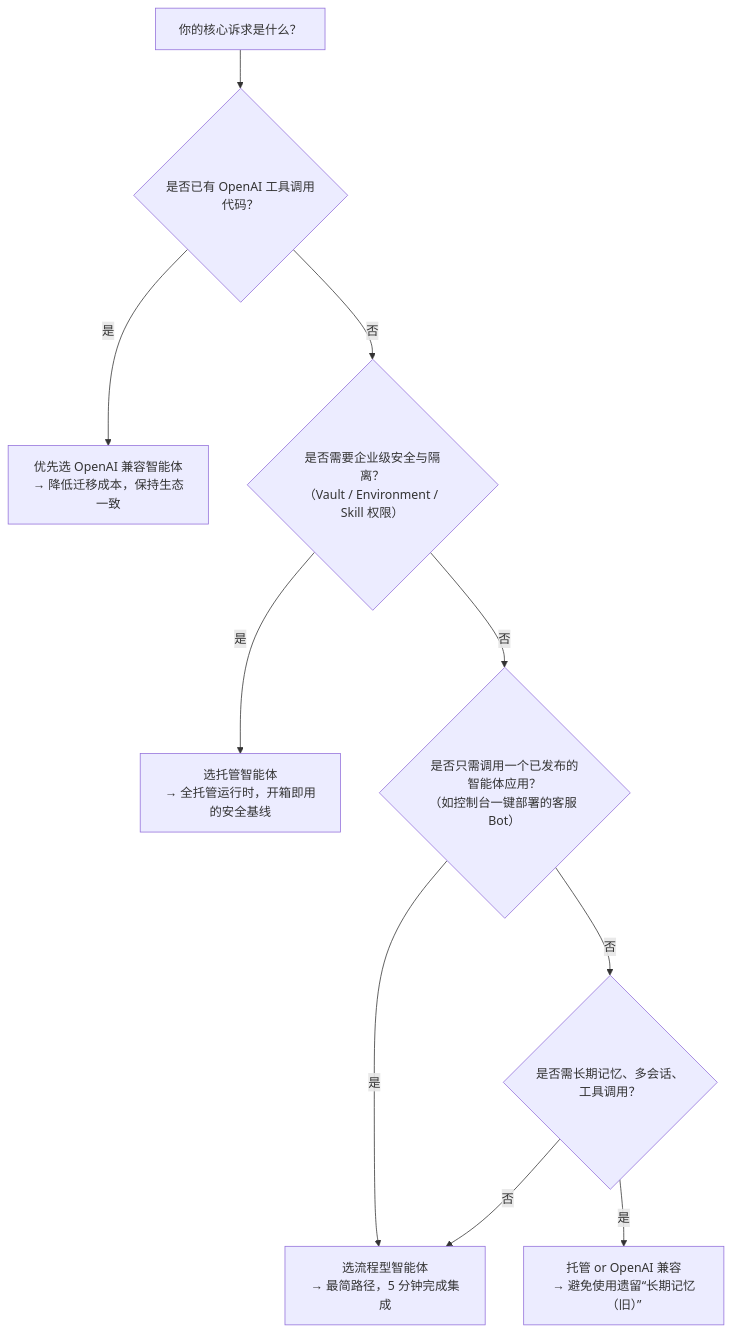
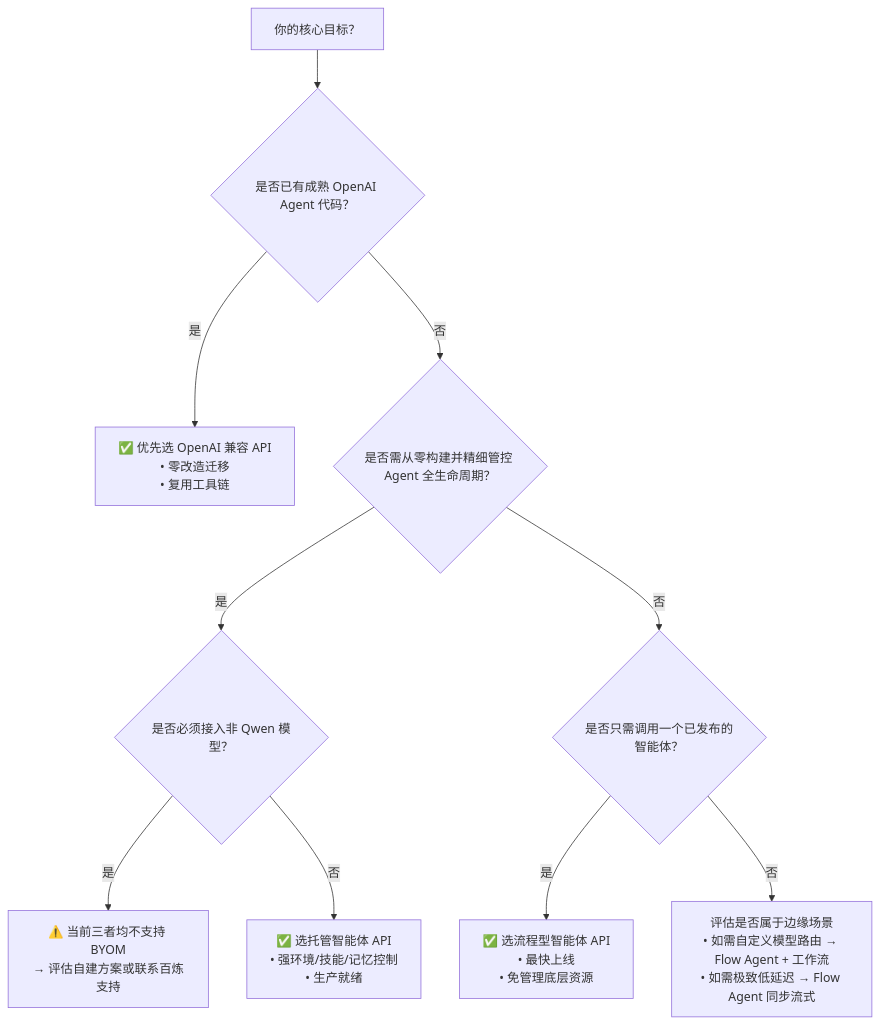
Before and after one commit to modelstudioai/skills: the diagram in skills/bailian-docs-llm-wiki/wiki/comparisons/flow-agent-vs-managed-agents-vs-openai-compatible-agents.md, drawn with Mermaid. The commit also changed other lines of this file and 327 other files, not shown here.

````diff
--- a/skills/bailian-docs-llm-wiki/wiki/comparisons/flow-agent-vs-managed-agents-vs-openai-compatible-agents.md
+++ b/skills/bailian-docs-llm-wiki/wiki/comparisons/flow-agent-vs-managed-agents-vs-openai-compatible-agents.md
@@ -52,12 +48,12 @@
 ```mermaid
 graph TD
-    A[你的核心诉求是什么？] --> B{是否已有 OpenAI 工具调用代码？}
-    B -->|是| C[优先选 OpenAI 兼容智能体<br>→ 降低迁移成本，保持生态一致]
-    B -->|否| D{是否需要企业级安全与隔离？<br>（Vault / Environment / Skill 权限）}
-    D -->|是| E[选托管智能体<br>→ 全托管运行时，开箱即用的安全基线]
-    D -->|否| F{是否只需调用一个已发布的智能体应用？<br>（如控制台一键部署的客服 Bot）}
-    F -->|是| G[选流程型智能体<br>→ 最简路径，5 分钟完成集成]
-    F -->|否| H{是否需长期记忆、多会话、工具调用？}
-    H -->|是| I[托管 or OpenAI 兼容<br>→ 避免使用遗留“长期记忆（旧）”]
-    H -->|否| G
+    A[你的核心目标？] --> B{是否已有成熟 OpenAI Agent 代码？}
+    B -->|是| C[✅ 优先选 OpenAI 兼容 API<br>• 零改造迁移<br>• 复用工具链]
+    B -->|否| D{是否需从零构建并精细管控 Agent 全生命周期？}
+    D -->|是| E{是否必须接入非 Qwen 模型？}
+    E -->|是| F[⚠️ 当前三者均不支持 BYOM<br>→ 评估自建方案或联系百炼支持]
+    E -->|否| G[✅ 选托管智能体 API<br>• 强环境/技能/记忆控制<br>• 生产就绪]
+    D -->|否| H{是否只需调用一个已发布的智能体？}
+    H -->|是| I[✅ 选流程型智能体 API<br>• 最快上线<br>• 免管理底层资源]
+    H -->|否| J[评估是否属于边缘场景<br>• 如需自定义模型路由 → Flow Agent + 工作流<br>• 如需极致低延迟 → Flow Agent 同步流式]
 ```
````
